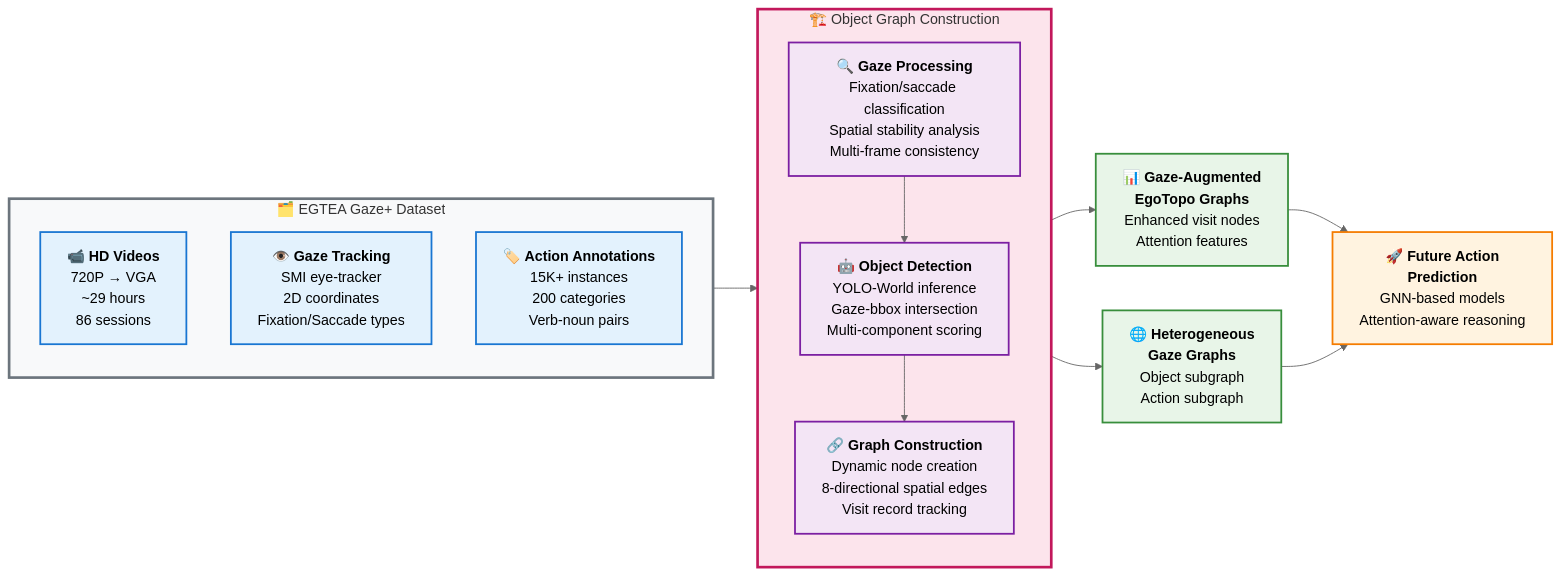
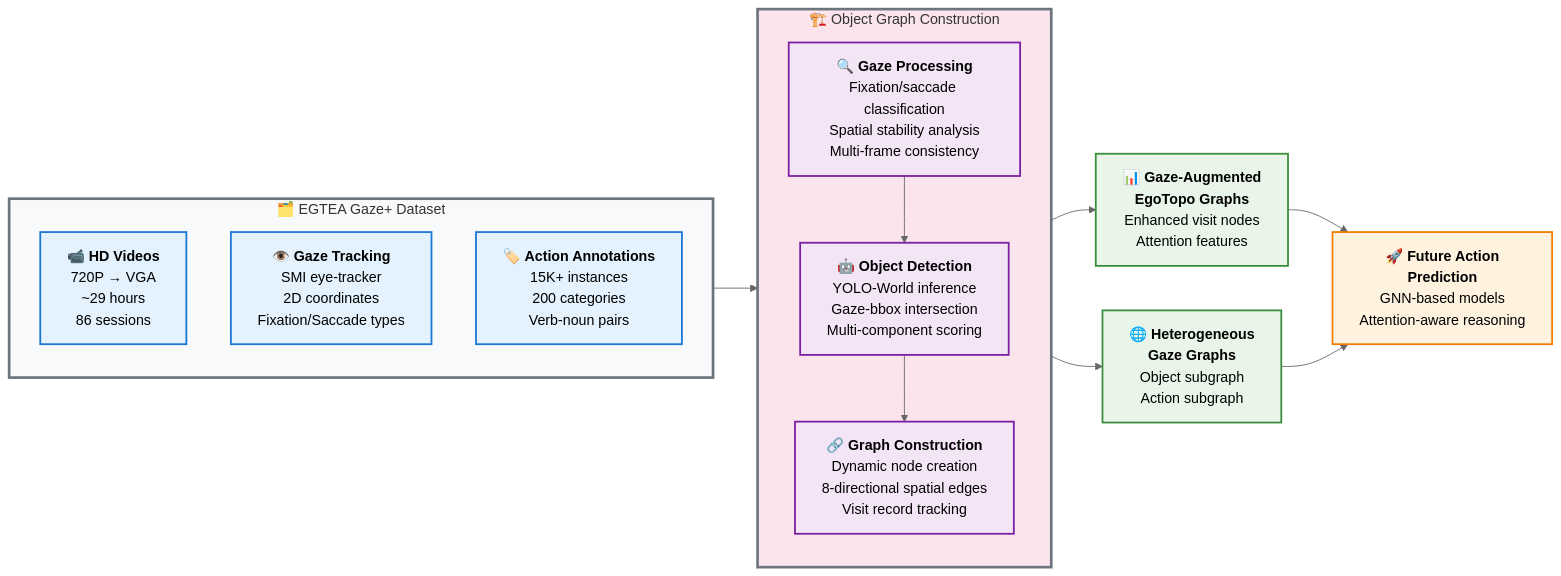
Before and after one commit to tavis-siebert/gaze-guided-scene: the diagram in figures/graph-construction-overview.md, drawn with Mermaid (neutral theme).

Commit message:
fix(figures): update pipeline styling for consistency
Adjust stroke width of the pipeline class in the graph construction overview to match the styling of other classes, ensuring a cohesive visual presentation.

````diff
--- a/figures/graph-construction-overview.md
+++ b/figures/graph-construction-overview.md
@@ -5,77 +5,77 @@
 ```mermaid
 flowchart LR
     %% Dataset Container
     subgraph Dataset["🗂️ EGTEA Gaze+ Dataset"]
         A["`📹 **HD Videos**
         720P → VGA
         ~29 hours
         86 sessions`"]
         
         B["`👁️ **Gaze Tracking**
         SMI eye-tracker
         2D coordinates
         Fixation/Saccade types`"]
         
         C["`🏷️ **Action Annotations**
         15K+ instances
         200 categories
         Verb-noun pairs`"]
     end
     
     %% Core Processing Pipeline
     subgraph Pipeline["🏗️ Object Graph Construction"]
         D["`🔍 **Gaze Processing**
         Fixation/saccade classification
         Spatial stability analysis
         Multi-frame consistency`"]
         
         E["`🤖 **Object Detection**
         YOLO-World inference
         Gaze-bbox intersection
         Multi-component scoring`"]
         
         F["`🔗 **Graph Construction**
         Dynamic node creation
         8-directional spatial edges
         Visit record tracking`"]
         
         D --> E
         E --> F
     end
     
     Dataset --> Pipeline
     
     %% Output Representations
     Pipeline --> G["`📊 **Gaze-Augmented
     EgoTopo Graphs**
     Enhanced visit nodes
     Attention features`"]
     
     Pipeline --> H["`🌐 **Heterogeneous
     Gaze Graphs**
     Object subgraph
     Action subgraph`"]
     
     %% Downstream Tasks
     G --> I["`🚀 **Future Action
     Prediction**
     GNN-based models
     Attention-aware reasoning`"]
     
     H --> I
     
     %% Styling for academic presentation
     classDef dataset fill:#f8f9fa,stroke:#6c757d,stroke-width:3px
-    classDef pipeline fill:#fce4ec,stroke:#c2185b,stroke-width:3px
+    classDef pipeline fill:#fce4ec,stroke:#6c757d,stroke-width:3px
     classDef input fill:#e3f2fd,stroke:#1976d2,stroke-width:2px
     classDef processing fill:#f3e5f5,stroke:#7b1fa2,stroke-width:2px
     classDef output fill:#e8f5e8,stroke:#388e3c,stroke-width:2px
     classDef task fill:#fff3e0,stroke:#f57c00,stroke-width:2px
     
     class Dataset dataset
     class Pipeline pipeline
     class A,B,C input
     class D,E,F processing
     class G,H output
     class I task
 ```
````
